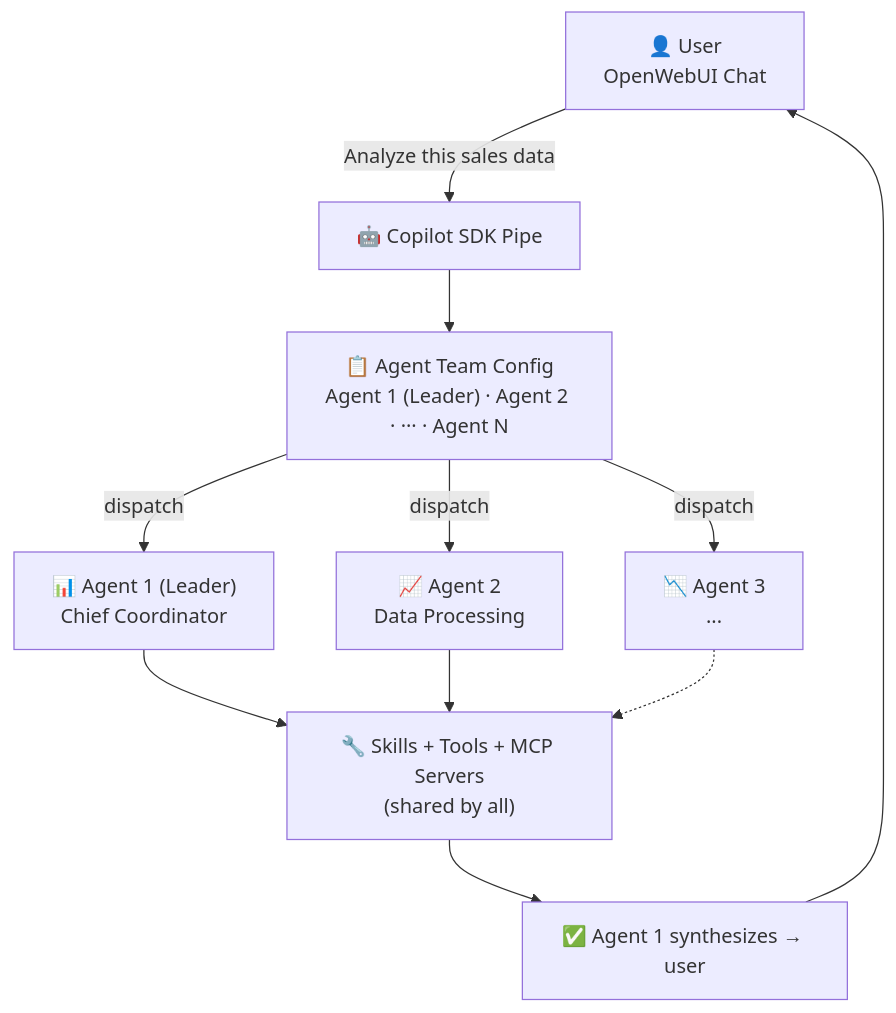
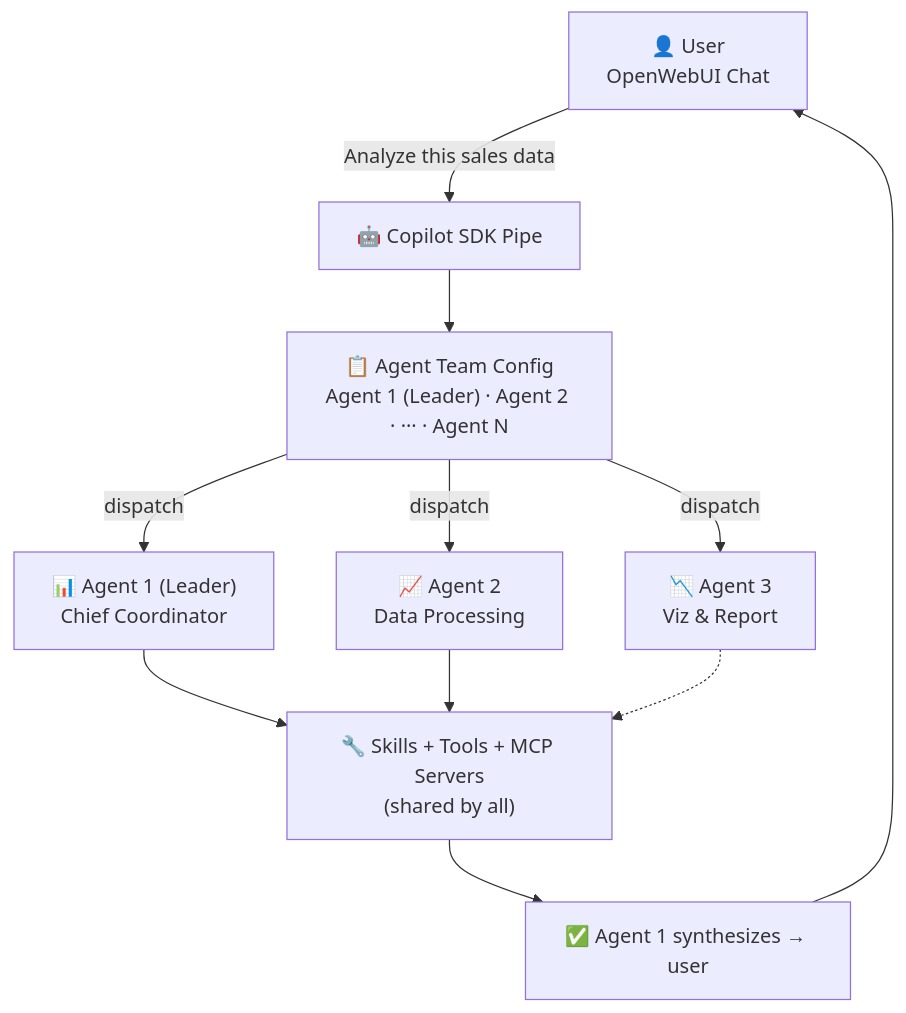
One commit to MarceloMassarente/openwebui-extensions changed the diagram in plugins/pipes/github-copilot-sdk/community_post.md. Above: the diagram before and after it, drawn with Mermaid. The commit also changed other lines of this file and 1 other file, not shown here.

Commit message:
docs(github-copilot-sdk): simplify greeting to 'Hi everyone!' and add real role to Agent 3 node

````diff
--- a/plugins/pipes/github-copilot-sdk/community_post.md
+++ b/plugins/pipes/github-copilot-sdk/community_post.md
@@ -31,22 +31,22 @@
 ```mermaid
 flowchart TD
     User["👤 User<br/>OpenWebUI Chat"]
     Pipe["🤖 Copilot SDK Pipe"]
     Config["📋 Agent Team Config<br/>Agent 1 (Leader) · Agent 2 · ··· · Agent N"]
     A1["📊 Agent 1 (Leader)<br/>Chief Coordinator"]
     A2["📈 Agent 2<br/>Data Processing"]
-    A3["📉 Agent 3<br/>..."]
+    A3["📉 Agent 3<br/>Viz & Report"]
     Tools["🔧 Skills + Tools + MCP Servers<br/>(shared by all)"]
     Result["✅ Agent 1 synthesizes → user"]
 
     User -->|"Analyze this sales data"| Pipe
     Pipe --> Config
     Config -->|"dispatch"| A1
     Config -->|"dispatch"| A2
     Config -->|"dispatch"| A3
     A1 --> Tools
     A2 --> Tools
     A3 -.-> Tools
     Tools --> Result
     Result --> User
 ```
````
